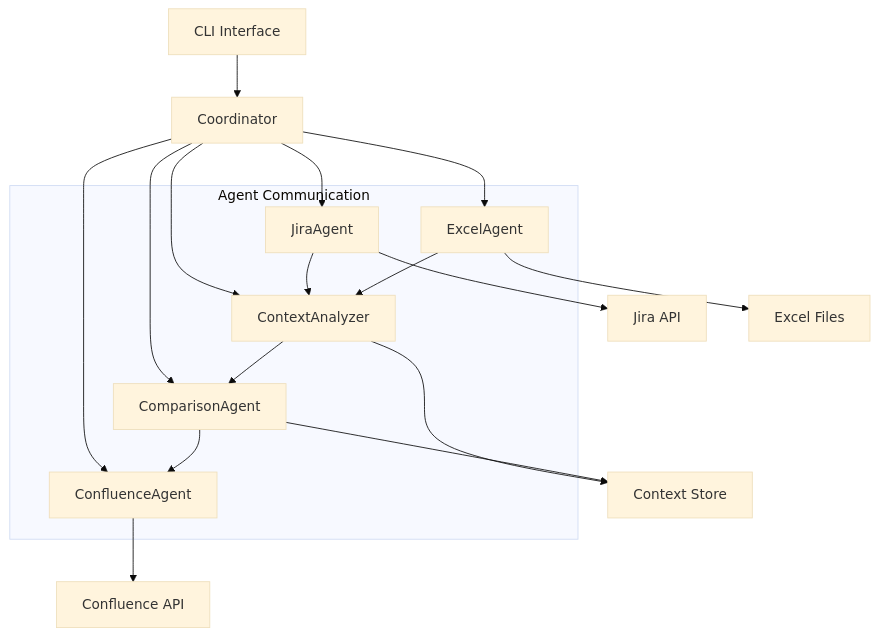
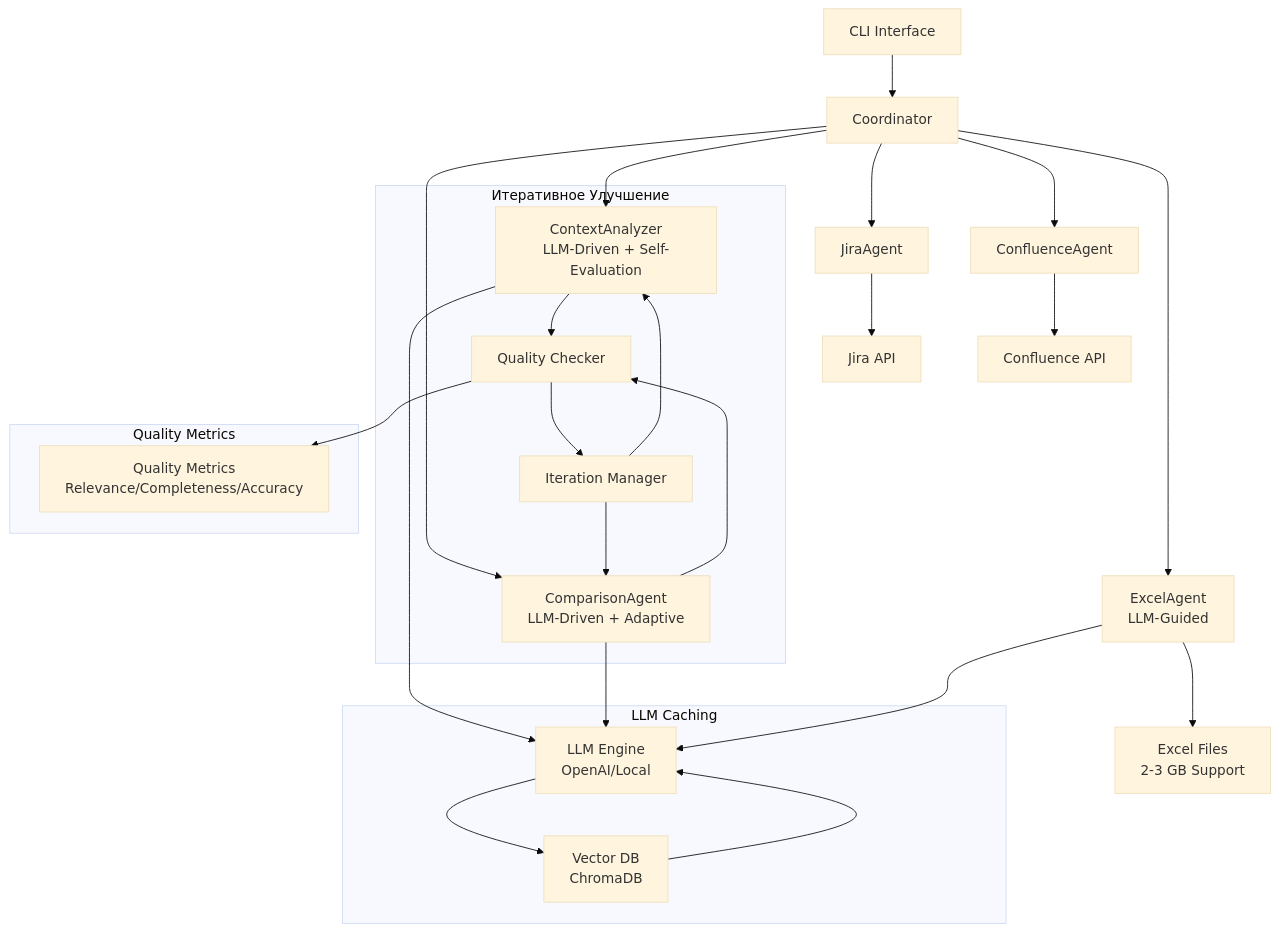
Before and after one commit to PavelVM209/MTS_MultAgent: the diagram in memory-bank/systemPatterns.md, drawn with Mermaid (base theme). The commit also changed other lines of this file and 36 other files, not shown here.

````diff
--- a/memory-bank/systemPatterns.md
+++ b/memory-bank/systemPatterns.md
@@ -5,24 +5,35 @@
 ```mermaid
 graph TD
     CLI[CLI Interface] --> COORD[Coordinator]
     
     COORD --> JA[JiraAgent]
-    COORD --> CA[ContextAnalyzer]
-    COORD --> EA[ExcelAgent]
+    COORD --> CA[ContextAnalyzer<br/>LLM-Driven + Self-Evaluation]
+    COORD --> EA[ExcelAgent<br/>LLM-Guided]
+    COORD --> CPA[ComparisonAgent<br/>LLM-Driven + Adaptive]
     COORD --> CFA[ConfluenceAgent]
-    COORD --> CPA[ComparisonAgent]
     
     JA --> API1[Jira API]
-    EA --> FILES[Excel Files]
+    EA --> FILES[Excel Files<br/>2-3 GB Support]
     CFA --> API2[Confluence API]
     
-    CA --> STORE[Context Store]
-    CPA --> STORE
+    CA --> LLM[LLM Engine<br/>OpenAI/Local]
+    CPA --> LLM
+    EA --> LLM
     
-    subgraph "Agent Communication"
-        JA --> CA
-        EA --> CA
-        CA --> CPA
-        CPA --> CFA
+    subgraph "Итеративное Улучшение"
+        CA --> QC[Quality Checker]
+        CPA --> QC
+        QC --> IM[Iteration Manager]
+        IM --> CA
+        IM --> CPA
+    end
+    
+    subgraph "LLM Caching"
+        LLM --> CACHE[Vector DB<br/>ChromaDB]
+        CACHE --> LLM
+    end
+    
+    subgraph "Quality Metrics"
+        QC --> METRICS[Quality Metrics<br/>Relevance/Completeness/Accuracy]
     end
 ```
````
